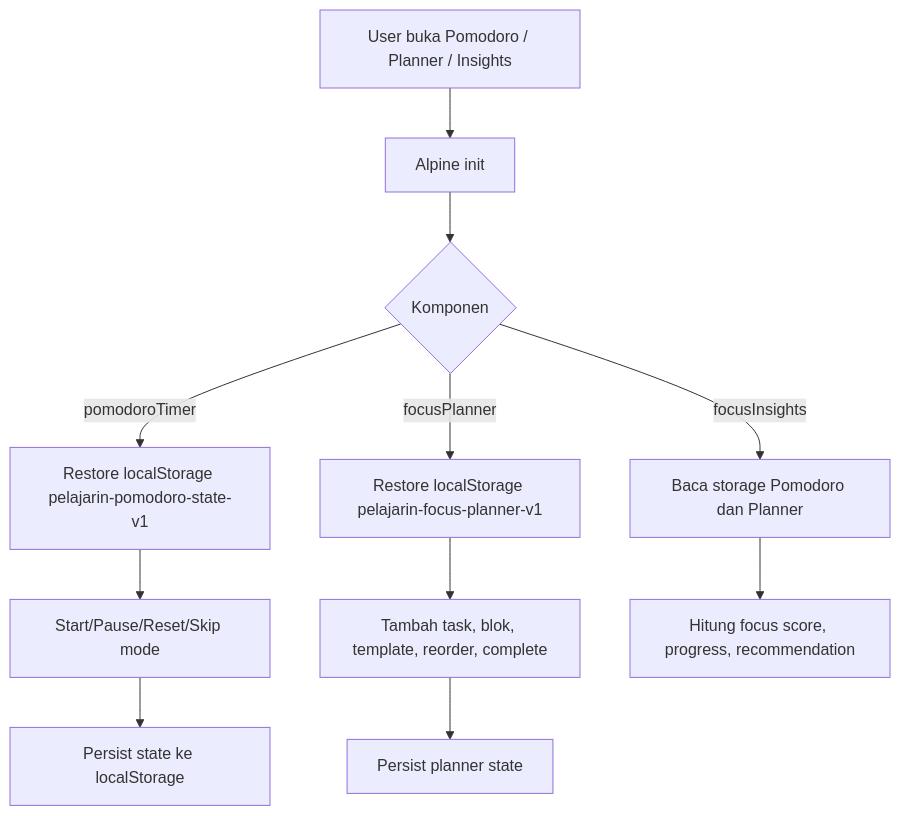
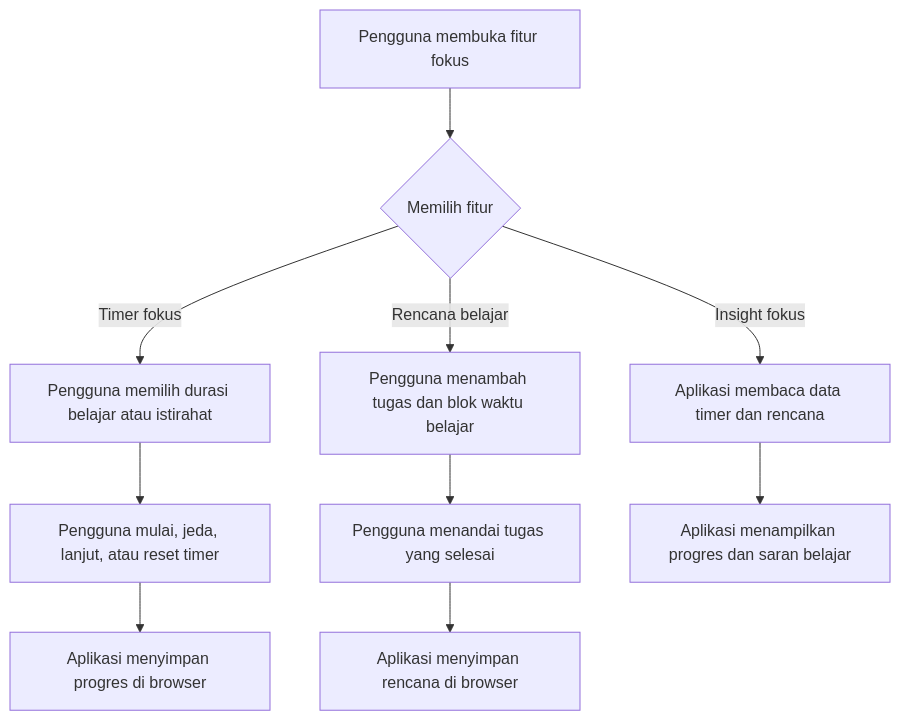
One commit to M-Aqilaz/Pelajarin.ai changed the eighth of 10 diagrams in DIAGRAM_REPOSITORY.md. Above: the diagram before and after it, drawn with Mermaid. The commit also changed other lines of this file, not shown here.

````diff
--- a/DIAGRAM_REPOSITORY.md
+++ b/DIAGRAM_REPOSITORY.md
@@ -392,13 +315,12 @@
 ```mermaid
 flowchart TD
-    A[User buka Pomodoro / Planner / Insights] --> B[Alpine init]
-    B --> C{Komponen}
-    C -- pomodoroTimer --> D[Restore localStorage pelajarin-pomodoro-state-v1]
-    D --> E[Start/Pause/Reset/Skip mode]
-    E --> F[Persist state ke localStorage]
-    C -- focusPlanner --> G[Restore localStorage pelajarin-focus-planner-v1]
-    G --> H[Tambah task, blok, template, reorder, complete]
-    H --> I[Persist planner state]
-    C -- focusInsights --> J[Baca storage Pomodoro dan Planner]
-    J --> K[Hitung focus score, progress, recommendation]
+    A[Pengguna membuka fitur fokus] --> B{Memilih fitur}
+    B -- Timer fokus --> C[Pengguna memilih durasi belajar atau istirahat]
+    C --> D[Pengguna mulai, jeda, lanjut, atau reset timer]
+    D --> E[Aplikasi menyimpan progres di browser]
+    B -- Rencana belajar --> F[Pengguna menambah tugas dan blok waktu belajar]
+    F --> G[Pengguna menandai tugas yang selesai]
+    G --> H[Aplikasi menyimpan rencana di browser]
+    B -- Insight fokus --> I[Aplikasi membaca data timer dan rencana]
+    I --> J[Aplikasi menampilkan progres dan saran belajar]
 ```
````
